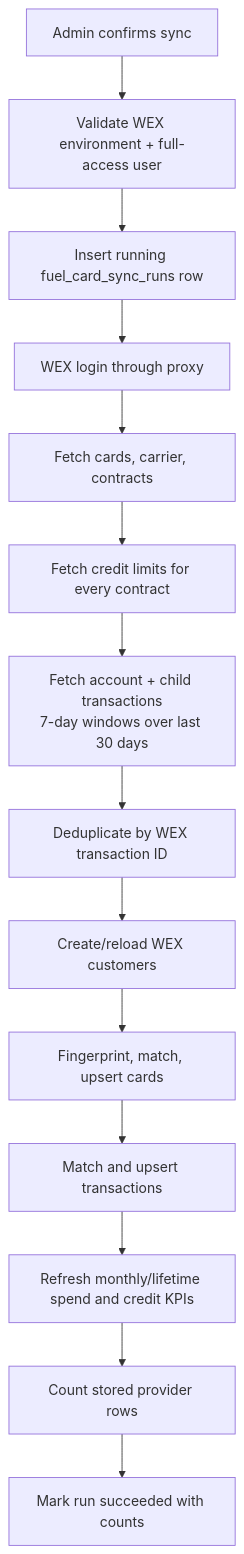
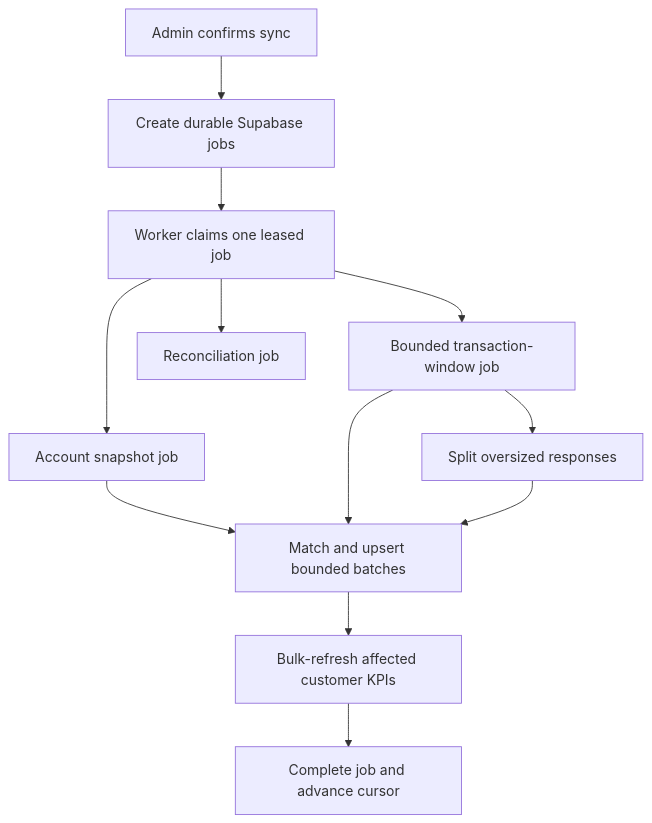
Before and after one commit to abubakrkhon1/besh_crm: the second of 3 diagrams in PROJECT_CONTEXT.md, drawn with Mermaid. The commit also changed other lines of this file and 58 other files, not shown here.

````diff
--- a/PROJECT_CONTEXT.md
+++ b/PROJECT_CONTEXT.md
@@ -481,16 +481,14 @@
 ```mermaid
 flowchart TD
-    Start["Admin confirms sync"] --> Validate["Validate WEX environment + full-access user"]
-    Validate --> Audit["Insert running fuel_card_sync_runs row"]
-    Audit --> Login["WEX login through proxy"]
-    Login --> Parallel["Fetch cards, carrier, contracts"]
-    Parallel --> Limits["Fetch credit limits for every contract"]
-    Limits --> Windows["Fetch account + child transactions\n7-day windows over last 30 days"]
-    Windows --> Dedupe["Deduplicate by WEX transaction ID"]
-    Dedupe --> Customers["Create/reload WEX customers"]
-    Customers --> Cards["Fingerprint, match, upsert cards"]
-    Cards --> Transactions["Match and upsert transactions"]
-    Transactions --> KPIs["Refresh monthly/lifetime spend and credit KPIs"]
-    KPIs --> Verify["Count stored provider rows"]
-    Verify --> Done["Mark run succeeded with counts"]
+    Start["Admin confirms sync"] --> Enqueue["Create durable Supabase jobs"]
+    Enqueue --> Worker["Worker claims one leased job"]
+    Worker --> Account["Account snapshot job"]
+    Worker --> Window["Bounded transaction-window job"]
+    Worker --> Reconcile["Reconciliation job"]
+    Window --> Split["Split oversized responses"]
+    Account --> Persist["Match and upsert bounded batches"]
+    Window --> Persist
+    Split --> Persist
+    Persist --> KPIs["Bulk-refresh affected customer KPIs"]
+    KPIs --> Done["Complete job and advance cursor"]
 ```
````
